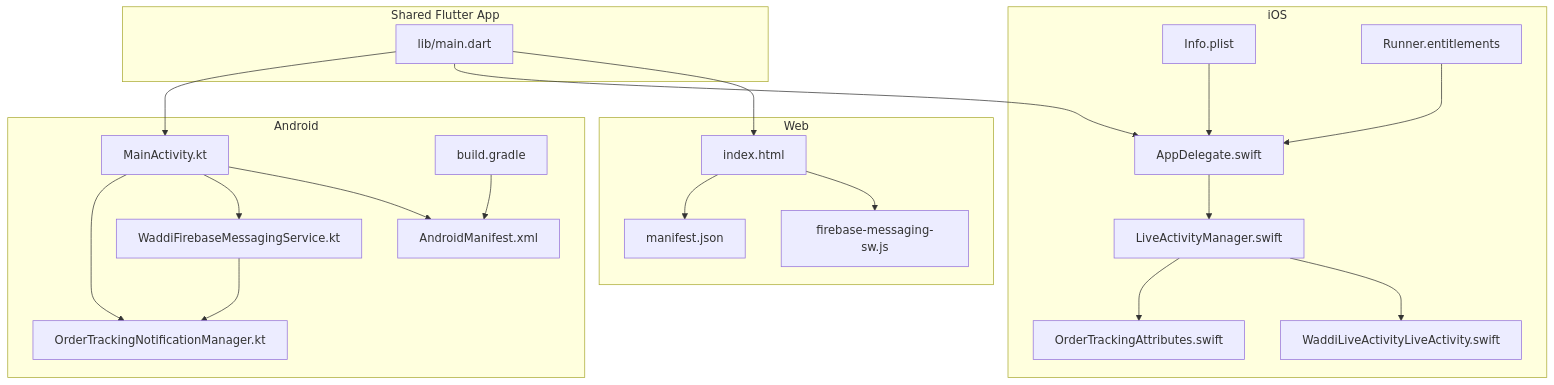
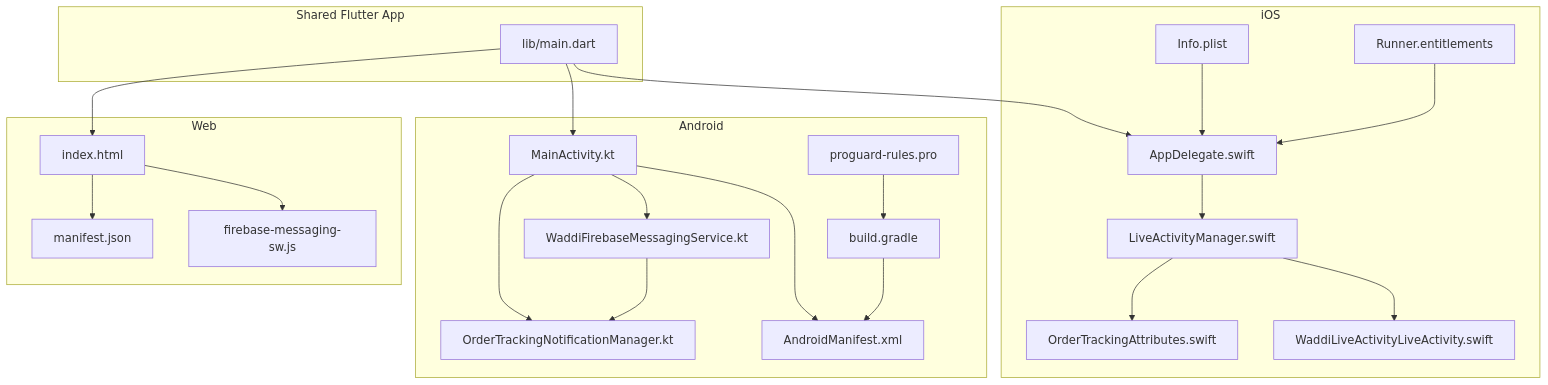
One commit to Hamdies/waddy_user changed the first of 11 diagrams in .qoder/repowiki/en/content/Platform-Specific Implementation/Platform-Specific Implementation.md. Above: the diagram before and after it, drawn with Mermaid. The commit also changed other lines of this file and 773 other files, not shown here.

````diff
--- a/.qoder/repowiki/en/content/Platform-Specific Implementation/Platform-Specific Implementation.md
+++ b/.qoder/repowiki/en/content/Platform-Specific Implementation/Platform-Specific Implementation.md
@@ -54,41 +65,43 @@
 ```mermaid
 graph TB
 subgraph "Shared Flutter App"
 L["lib/main.dart"]
 end
 subgraph "Android"
 A1["MainActivity.kt"]
 A2["OrderTrackingNotificationManager.kt"]
 A3["WaddiFirebaseMessagingService.kt"]
 A4["AndroidManifest.xml"]
 A5["build.gradle"]
+A6["proguard-rules.pro"]
 end
 subgraph "iOS"
 I1["AppDelegate.swift"]
 I2["LiveActivityManager.swift"]
 I3["OrderTrackingAttributes.swift"]
 I4["WaddiLiveActivityLiveActivity.swift"]
 I5["Info.plist"]
 I6["Runner.entitlements"]
 end
 subgraph "Web"
 W1["index.html"]
 W2["manifest.json"]
 W3["firebase-messaging-sw.js"]
 end
 L --> A1
 L --> I1
 L --> W1
 A1 --> A2
 A1 --> A3
 A3 --> A2
 A1 --> A4
 A5 --> A4
+A6 --> A5
 I1 --> I2
 I2 --> I3
 I2 --> I4
 I5 --> I1
 I6 --> I1
 W1 --> W2
 W1 --> W3
 ```
````
